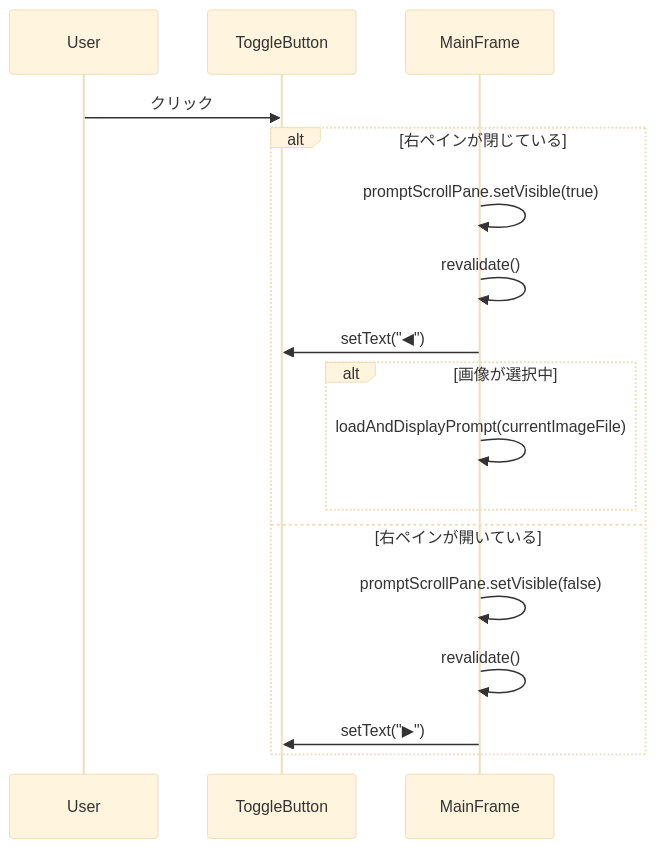
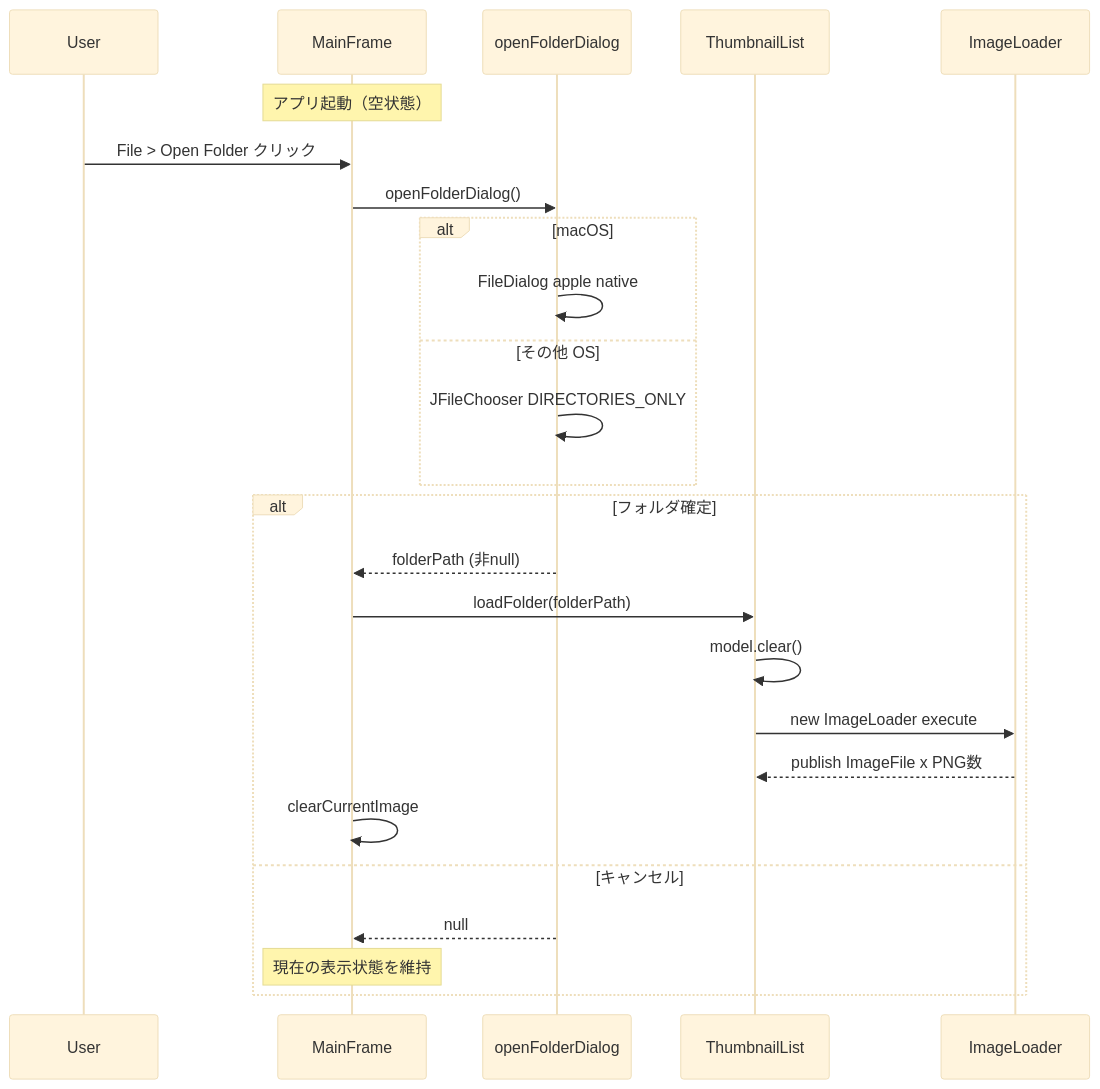
The second of 2 diagrams in .kiro/specs/comfyui-image-viewer/design.md (uS-aito/image_select_viewer), drawn with Mermaid (base theme) before and after one commit. The commit also changed other lines of this file and 8 other files, not shown here.

````diff
--- a/.kiro/specs/comfyui-image-viewer/design.md
+++ b/.kiro/specs/comfyui-image-viewer/design.md
@@ -174,20 +105,28 @@
 ```mermaid
 sequenceDiagram
     participant User
-    participant ToggleButton
     participant MainFrame
+    participant openFolderDialog
+    participant ThumbnailList
+    participant ImageLoader
 
-    User->>ToggleButton: クリック
-    alt 右ペインが閉じている
-        MainFrame->>MainFrame: promptScrollPane.setVisible(true)
-        MainFrame->>MainFrame: revalidate()
-        MainFrame->>ToggleButton: setText("◀")
-        alt 画像が選択中
-            MainFrame->>MainFrame: loadAndDisplayPrompt(currentImageFile)
-        end
-    else 右ペインが開いている
-        MainFrame->>MainFrame: promptScrollPane.setVisible(false)
-        MainFrame->>MainFrame: revalidate()
-        MainFrame->>ToggleButton: setText("▶")
+    Note over MainFrame: アプリ起動（空状態）
+    User->>MainFrame: File > Open Folder クリック
+    MainFrame->>openFolderDialog: openFolderDialog()
+    alt macOS
+        openFolderDialog->>openFolderDialog: FileDialog apple native
+    else その他 OS
+        openFolderDialog->>openFolderDialog: JFileChooser DIRECTORIES_ONLY
+    end
+    alt フォルダ確定
+        openFolderDialog-->>MainFrame: folderPath (非null)
+        MainFrame->>ThumbnailList: loadFolder(folderPath)
+        ThumbnailList->>ThumbnailList: model.clear()
+        ThumbnailList->>ImageLoader: new ImageLoader execute
+        ImageLoader-->>ThumbnailList: publish ImageFile x PNG数
+        MainFrame->>MainFrame: clearCurrentImage
+    else キャンセル
+        openFolderDialog-->>MainFrame: null
+        Note over MainFrame: 現在の表示状態を維持
     end
 ```
````
